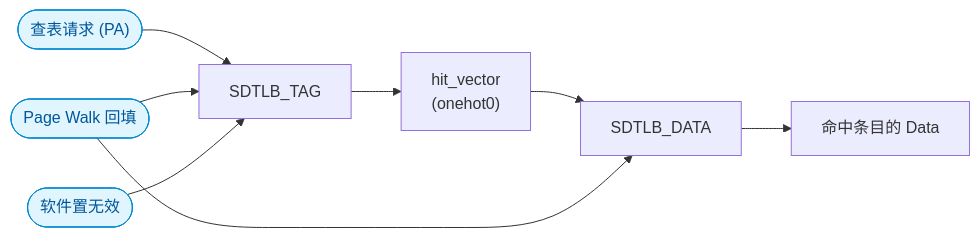
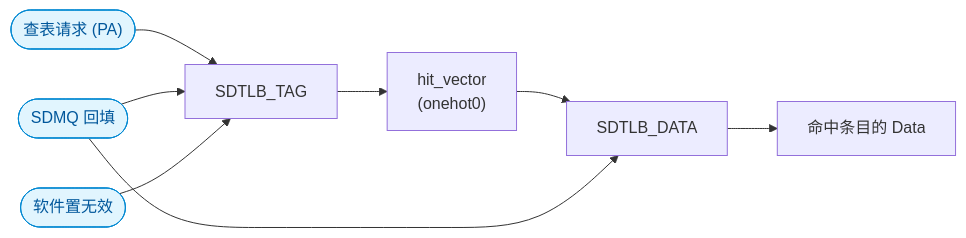
One commit to DuBirdFly/C1_SDecoder changed the eighth of 8 diagrams in doc/design_plan/SDecoder 设计方案 v1.0.md. Above: the diagram before and after it, drawn with Mermaid. The commit also changed other lines of this file and 1 other file, not shown here.

First line of the commit message:
docs(design): 图表补名字, 统一装填反压口径

````diff
--- a/doc/design_plan/SDecoder 设计方案 v1.0.md
+++ b/doc/design_plan/SDecoder 设计方案 v1.0.md
@@ -678,12 +692,12 @@
 ```mermaid
 flowchart LR
     REQ(["查表请求 (PA)"]) --> TAG["SDTLB_TAG"]
     TAG --> HIT["hit_vector<br/>(onehot0)"]
     HIT --> DATA["SDTLB_DATA"]
     DATA --> OUT["命中条目的 Data"]
-    FILL(["Page Walk 回填"]) --> TAG
+    FILL(["SDMQ 回填"]) --> TAG
     FILL --> DATA
     INV(["软件置无效"]) --> TAG
     classDef iface fill:#e1f5fe,stroke:#0288d1,color:#01579b
     class REQ,FILL,INV iface
 ```
````
